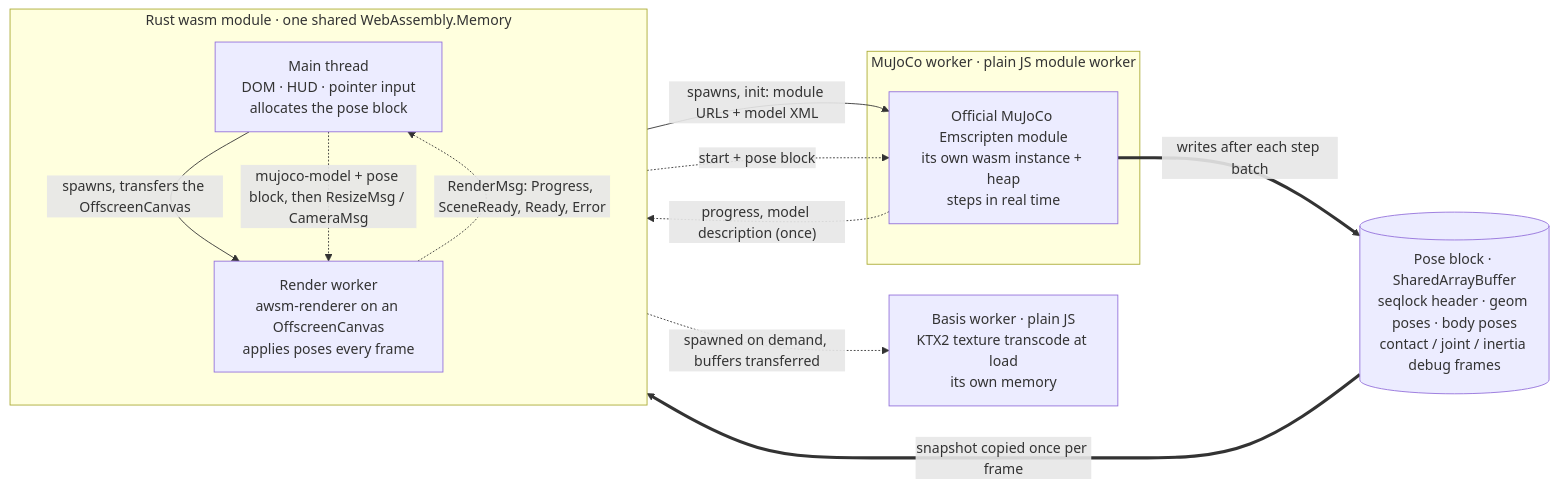
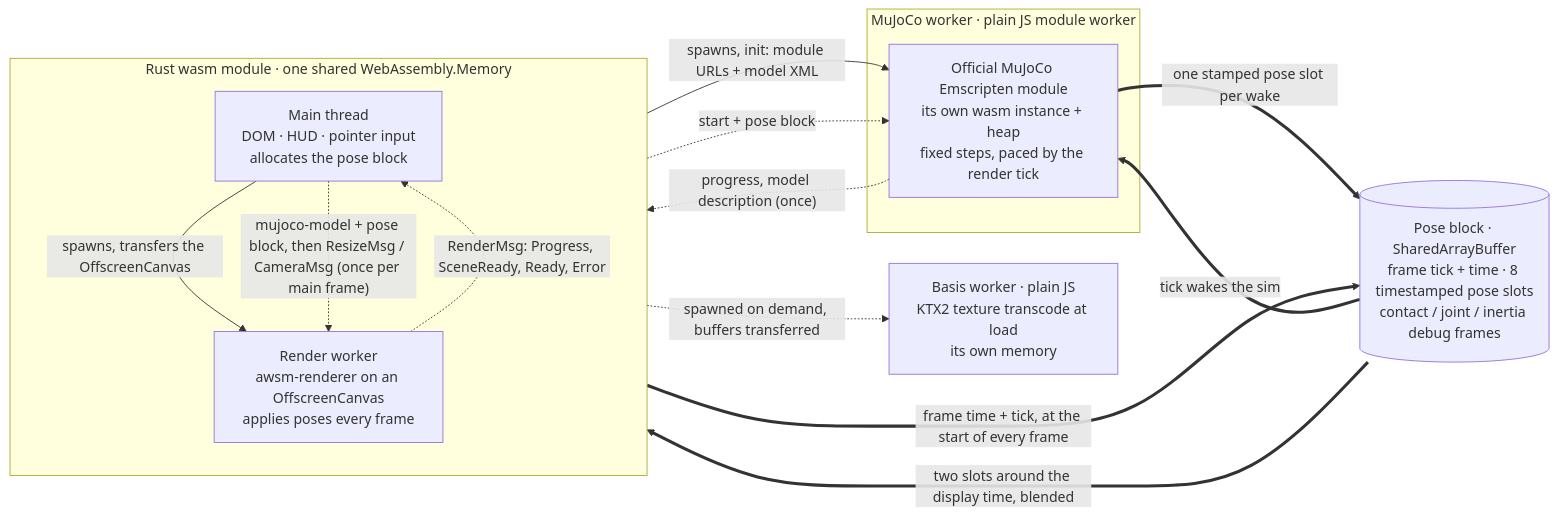
Before and after one commit to awsm-fun/awsm-template-physics-mujoco: the second of 2 diagrams in README.md, drawn with Mermaid. The commit also changed other lines of this file and 5 other files, not shown here.

First line of the commit message:
Pace MuJoCo by the render tick and draw interpolated, timestamped poses

````diff
--- a/README.md
+++ b/README.md
@@ -48,25 +48,27 @@
 ```mermaid
 flowchart LR
     subgraph RUST["Rust wasm module · one shared WebAssembly.Memory"]
         direction TB
         MAIN["Main thread<br/>DOM · HUD · pointer input<br/>allocates the pose block"]
         RENDER["Render worker<br/>awsm-renderer on an OffscreenCanvas<br/>applies poses every frame"]
     end
 
     subgraph MJ["MuJoCo worker · plain JS module worker"]
-        SIM["Official MuJoCo Emscripten module<br/>its own wasm instance + heap<br/>steps in real time"]
+        SIM["Official MuJoCo Emscripten module<br/>its own wasm instance + heap<br/>fixed steps, paced by the render tick"]
     end
 
-    SAB[("Pose block · SharedArrayBuffer<br/>seqlock header · geom poses · body poses<br/>contact / joint / inertia debug frames")]
+    SAB[("Pose block · SharedArrayBuffer<br/>frame tick + time · 8 timestamped pose slots<br/>contact / joint / inertia debug frames")]
     BASIS["Basis worker · plain JS<br/>KTX2 texture transcode at load<br/>its own memory"]
 
     MAIN -- "spawns, transfers the OffscreenCanvas" --> RENDER
     MAIN -- "spawns, init: module URLs + model XML" --> SIM
     SIM -. "progress, model description (once)" .-> MAIN
     RENDER -. "RenderMsg: Progress, SceneReady, Ready, Error" .-> MAIN
     MAIN -. "start + pose block" .-> SIM
-    MAIN -. "mujoco-model + pose block, then ResizeMsg / CameraMsg" .-> RENDER
-    SIM == "writes after each step batch" ==> SAB
-    SAB == "snapshot copied once per frame" ==> RENDER
+    MAIN -. "mujoco-model + pose block, then ResizeMsg / CameraMsg (once per main frame)" .-> RENDER
+    RENDER == "frame time + tick, at the start of every frame" ==> SAB
+    SAB == "tick wakes the sim" ==> SIM
+    SIM == "one stamped pose slot per wake" ==> SAB
+    SAB == "two slots around the display time, blended" ==> RENDER
     RENDER -. "spawned on demand, buffers transferred" .-> BASIS
 ```
````
